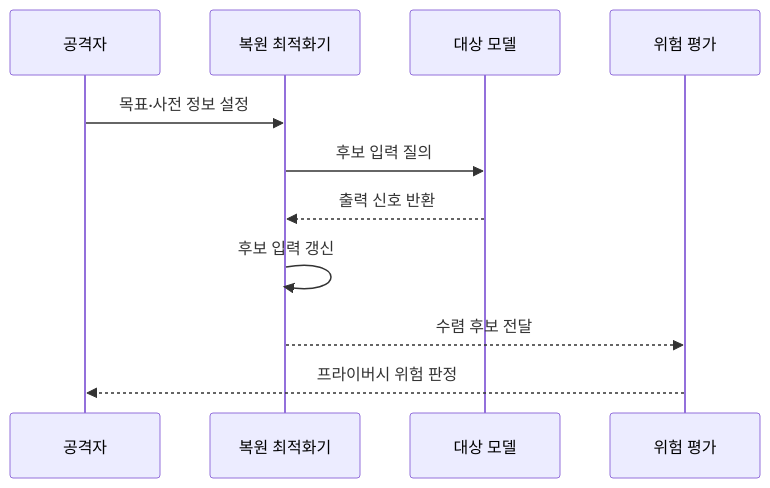
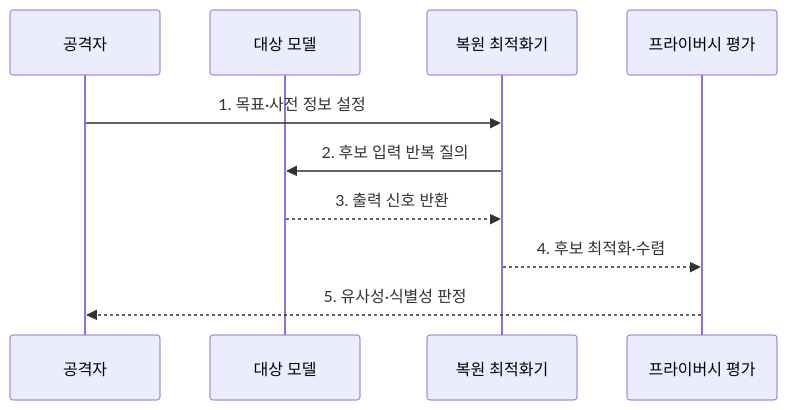
Before and after one commit to agnusdei1207/knowledge-base: the second of 2 diagrams in src/content/docs/notes/05-security/082_model_inversion_attack.md, drawn with Mermaid. The commit also changed other lines of this file and 6 other files, not shown here.

````diff
--- a/src/content/docs/notes/05-security/082_model_inversion_attack.md
+++ b/src/content/docs/notes/05-security/082_model_inversion_attack.md
@@ -90,13 +83,12 @@
 ```mermaid
 sequenceDiagram
     participant A as 공격자
+    participant M as 대상 모델
     participant O as 복원 최적화기
-    participant M as 대상 모델
-    participant E as 위험 평가
-    A->>O: 목표·사전 정보 설정
-    O->>M: 후보 입력 질의
-    M-->>O: 출력 신호 반환
-    O->>O: 후보 입력 갱신
-    O-->>E: 수렴 후보 전달
-    E-->>A: 프라이버시 위험 판정
+    participant P as 프라이버시 평가
+    A->>O: 1. 목표·사전 정보 설정
+    O->>M: 2. 후보 입력 반복 질의
+    M-->>O: 3. 출력 신호 반환
+    O-->>P: 4. 후보 최적화·수렴
+    P-->>A: 5. 유사성·식별성 판정
 ```
````
